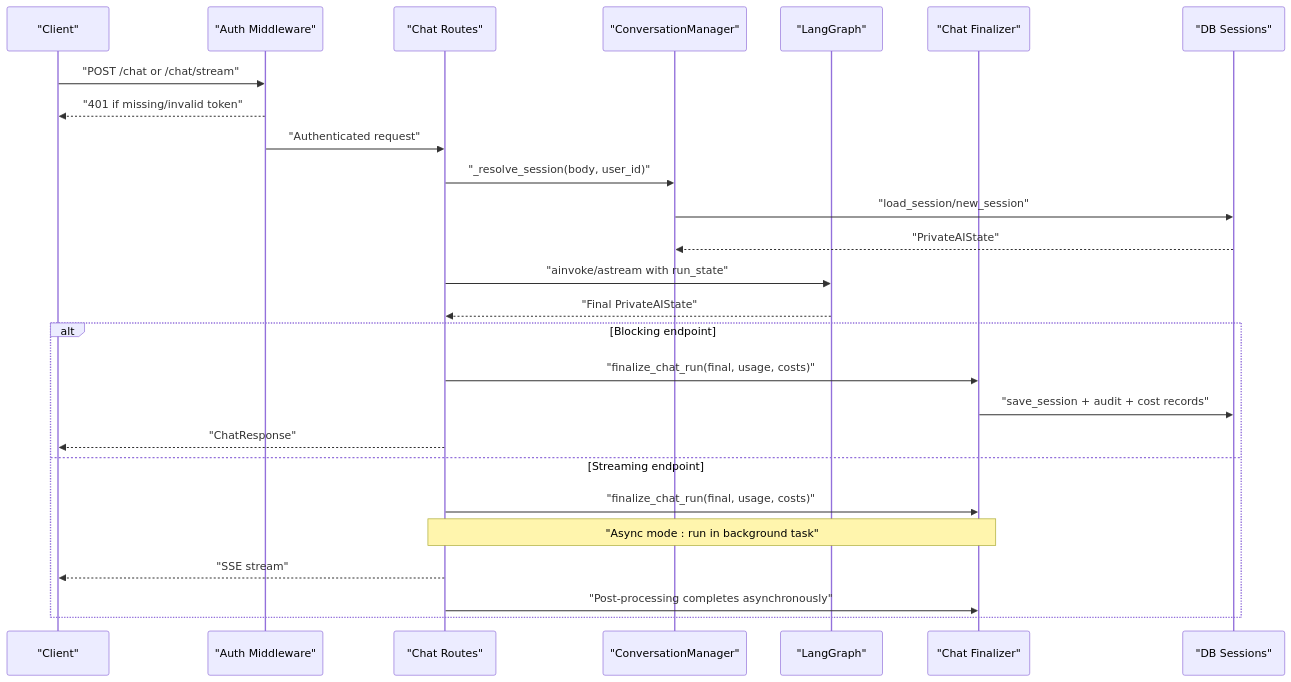
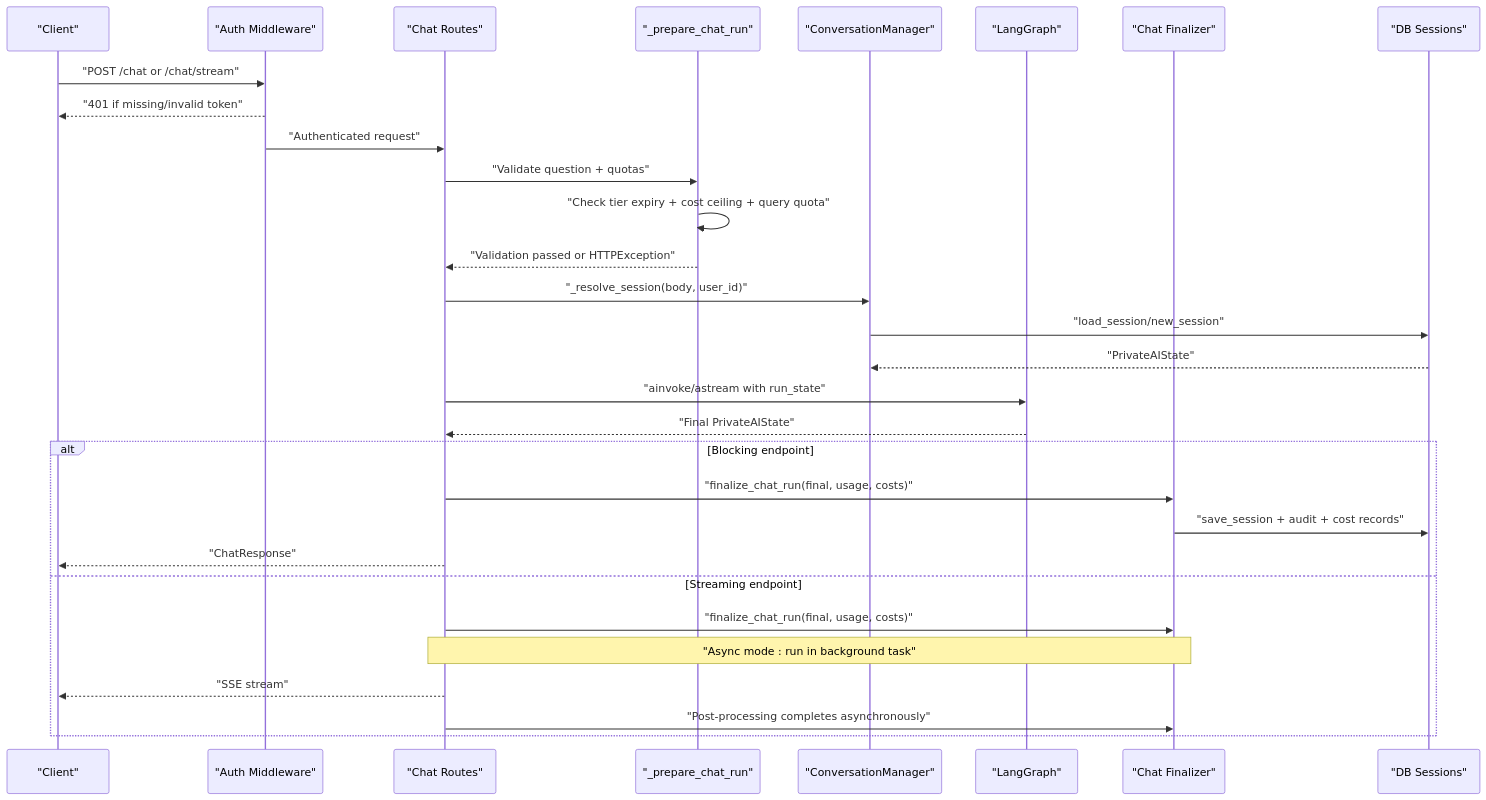
Before and after one commit to genes8/private-ai: the second of 7 diagrams in .qoder/repowiki/en/content/Backend Development/API Endpoints/Chat Endpoints.md, drawn with Mermaid. The commit also changed other lines of this file and 101 other files, not shown here.

````diff
--- a/.qoder/repowiki/en/content/Backend Development/API Endpoints/Chat Endpoints.md
+++ b/.qoder/repowiki/en/content/Backend Development/API Endpoints/Chat Endpoints.md
@@ -151,28 +153,32 @@
 ```mermaid
 sequenceDiagram
 participant Client as "Client"
 participant Auth as "Auth Middleware"
 participant Routes as "Chat Routes"
+participant Preflight as "_prepare_chat_run"
 participant Conv as "ConversationManager"
 participant Graph as "LangGraph"
 participant Finalizer as "Chat Finalizer"
 participant DB as "DB Sessions"
 Client->>Auth : "POST /chat or /chat/stream"
 Auth-->>Client : "401 if missing/invalid token"
 Auth->>Routes : "Authenticated request"
+Routes->>Preflight : "Validate question + quotas"
+Preflight->>Preflight : "Check tier expiry + cost ceiling + query quota"
+Preflight-->>Routes : "Validation passed or HTTPException"
 Routes->>Conv : "_resolve_session(body, user_id)"
 Conv->>DB : "load_session/new_session"
 DB-->>Conv : "PrivateAIState"
 Routes->>Graph : "ainvoke/astream with run_state"
 Graph-->>Routes : "Final PrivateAIState"
 alt Blocking endpoint
 Routes->>Finalizer : "finalize_chat_run(final, usage, costs)"
 Finalizer->>DB : "save_session + audit + cost records"
 Routes-->>Client : "ChatResponse"
 else Streaming endpoint
 Routes->>Finalizer : "finalize_chat_run(final, usage, costs)"
 Note over Routes,Finalizer : "Async mode : run in background task"
 Routes-->>Client : "SSE stream"
 Routes->>Finalizer : "Post-processing completes asynchronously"
 end
 ```
````
